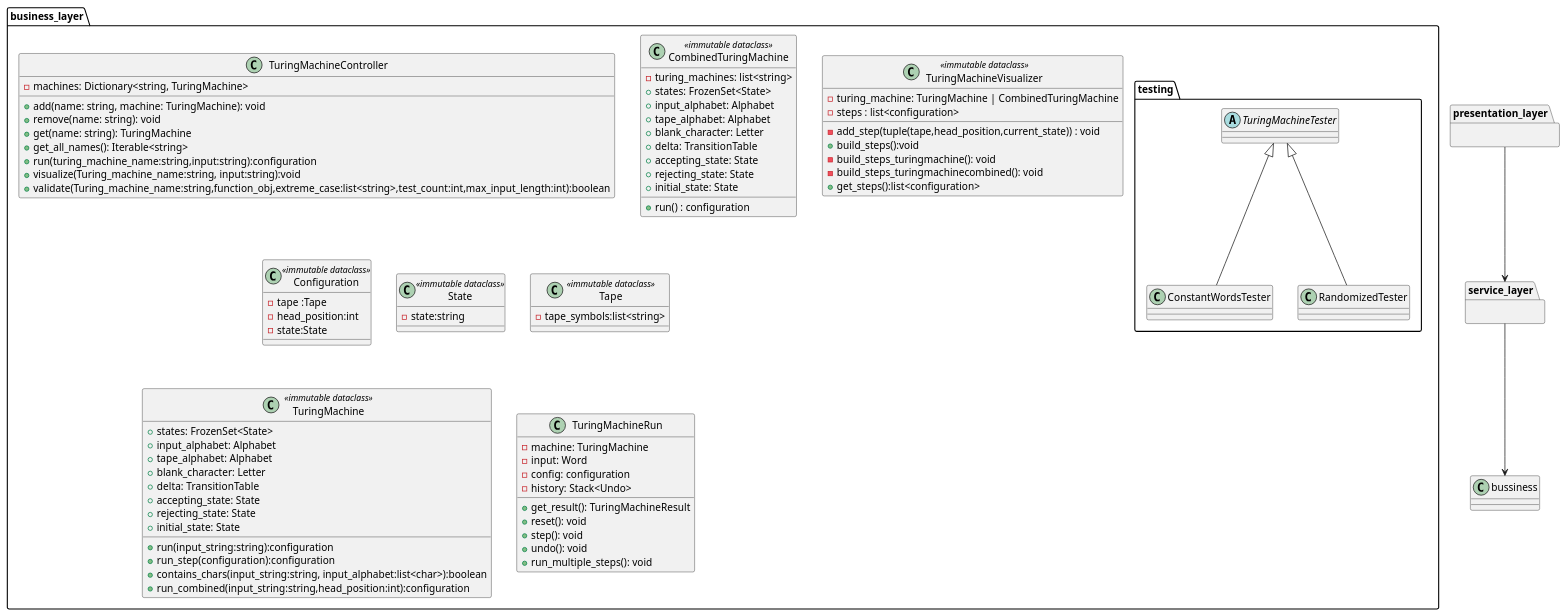
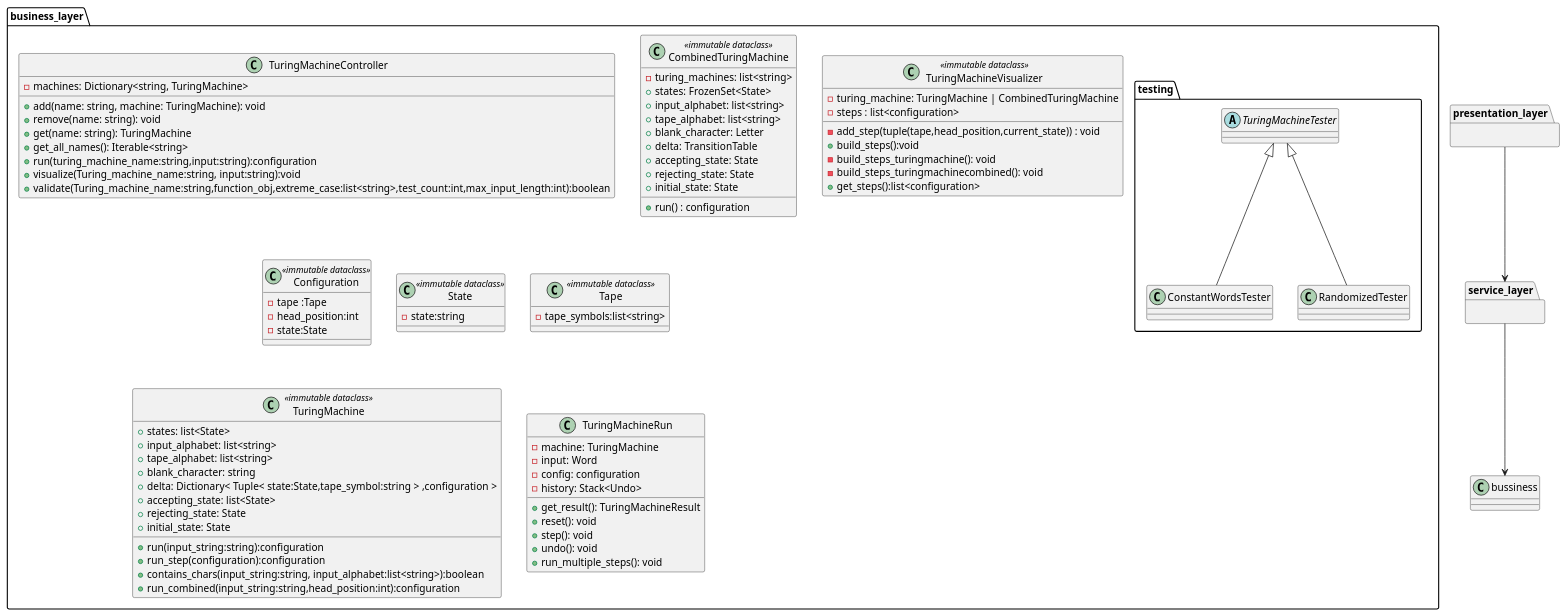
One commit to Turing-Machine-Tutor/Turing-Machine-Tutor changed the diagram in docs/uml/bussiness_layer.puml. Above: the diagram before and after it, drawn with PlantUML. The commit also changed 5 other files, not shown here.

```diff
--- a/docs/uml/bussiness_layer.puml
+++ b/docs/uml/bussiness_layer.puml
@@ -1,121 +1,121 @@
 @startuml
 
 
 
 package business_layer {
     class TuringMachineController {
         - machines: Dictionary<string, TuringMachine>
 
         + add(name: string, machine: TuringMachine): void
         + remove(name: string): void
         + get(name: string): TuringMachine
         + get_all_names(): Iterable<string>
         + run(turing_machine_name:string,input:string):configuration
         +visualize(Turing_machine_name:string, input:string):void
         +validate(Turing_machine_name:string,function_obj,extreme_case:list<string>,test_count:int,max_input_length:int):boolean
 
     }
 
 
  class CombinedTuringMachine <<immutable dataclass>> {
         -turing_machines: list<string>
         +run() : configuration
         + states: FrozenSet<State>
-        + input_alphabet: Alphabet
-        + tape_alphabet: Alphabet
+        + input_alphabet: list<string>
+        + tape_alphabet: list<string>
         + blank_character: Letter
         + delta: TransitionTable
         + accepting_state: State
         + rejecting_state: State
         + initial_state: State
 
     }
 
 
      class TuringMachineVisualizer <<immutable dataclass>> {
         -turing_machine: TuringMachine | CombinedTuringMachine
         -steps : list<configuration>
         -add_step(tuple(tape,head_position,current_state)) : void
         +build_steps():void
         -build_steps_turingmachine(): void
         -build_steps_turingmachinecombined(): void
         +get_steps():list<configuration>
     }
 
     class Configuration <<immutable dataclass>> {
        -tape :Tape
        -head_position:int
        -state:State
     }
 
        class State <<immutable dataclass>> {
         -state:string
     }
 
       class Tape <<immutable dataclass>> {
         -tape_symbols:list<string>
     }
 
     class TuringMachine <<immutable dataclass>> {
-        + states: FrozenSet<State>
-        + input_alphabet: Alphabet
-        + tape_alphabet: Alphabet
-        + blank_character: Letter
-        + delta: TransitionTable
-        + accepting_state: State
+        + states: list<State>
+        + input_alphabet: list<string>
+        + tape_alphabet: list<string>
+        + blank_character: string
+        + delta: Dictionary< Tuple< state:State,tape_symbol:string > ,configuration >
+        + accepting_state: list<State>
         + rejecting_state: State
         + initial_state: State
         +run(input_string:string):configuration
         +run_step(configuration):configuration
-        +contains_chars(input_string:string, input_alphabet:list<char>):boolean
+        +contains_chars(input_string:string, input_alphabet:list<string>):boolean
         +run_combined(input_string:string,head_position:int):configuration
 
     }
 
     class TuringMachineRun {
        - machine: TuringMachine
        - input: Word
        - config: configuration
        - history: Stack<Undo>
 
        + get_result(): TuringMachineResult
        + reset(): void
        + step(): void
        + undo(): void
        + run_multiple_steps(): void
     }
 
 
 
 package testing {
     abstract class TuringMachineTester {
 
     }
 
     class ConstantWordsTester {
 
     }
 
     class RandomizedTester {
 
     }
 
     ConstantWordsTester -u-|> TuringMachineTester
     RandomizedTester -u-|> TuringMachineTester
 
     }
 }
 
 
 package service_layer {
 
 }
 
 package presentation_layer {
 
 }
 
 service_layer -d-> bussiness
 presentation_layer -d-> service_layer
 
 @enduml
```
